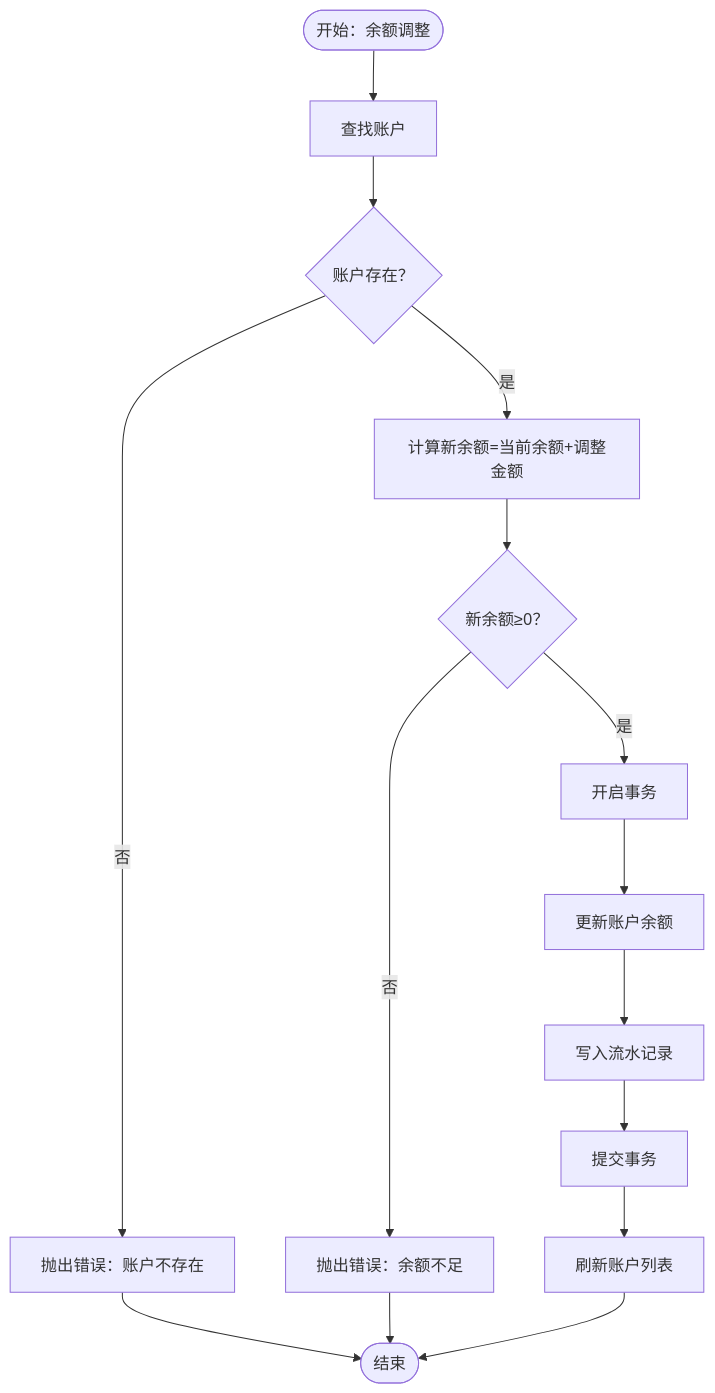
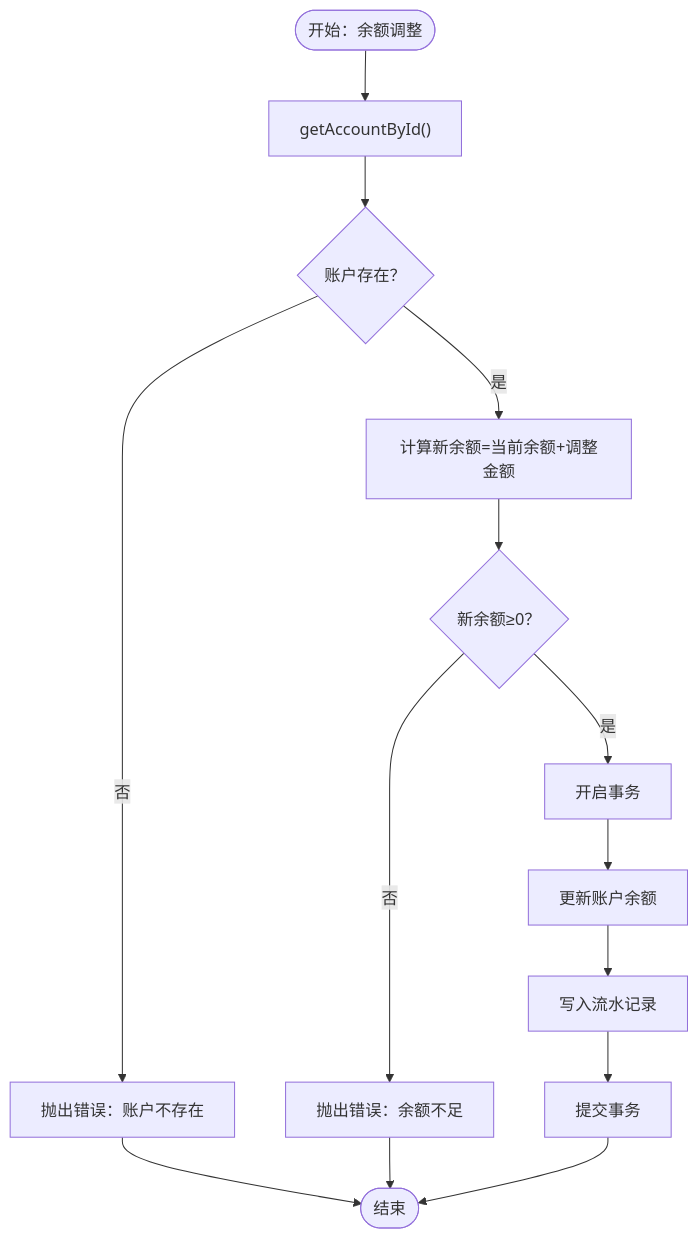
One commit to xiao-lin-unit/yuan changed the third of 11 diagrams in .qoder/repowiki/zh/content/账户管理/账户管理.md. Above: the diagram before and after it, drawn with Mermaid. The commit also changed other lines of this file and 19 other files, not shown here.

````diff
--- a/.qoder/repowiki/zh/content/账户管理/账户管理.md
+++ b/.qoder/repowiki/zh/content/账户管理/账户管理.md
@@ -144,17 +153,16 @@
 ```mermaid
 flowchart TD
-Start(["开始：余额调整"]) --> Find["查找账户"]
-Find --> Exists{"账户存在？"}
+Start(["开始：余额调整"]) --> GetAcc["getAccountById()"]
+GetAcc --> Exists{"账户存在？"}
 Exists -- 否 --> Err1["抛出错误：账户不存在"]
 Exists -- 是 --> Calc["计算新余额=当前余额+调整金额"]
 Calc --> NonNeg{"新余额≥0？"}
 NonNeg -- 否 --> Err2["抛出错误：余额不足"]
 NonNeg -- 是 --> Tx["开启事务"]
 Tx --> Upd["更新账户余额"]
 Upd --> Log["写入流水记录"]
 Log --> Commit["提交事务"]
-Commit --> Reload["刷新账户列表"]
-Reload --> End(["结束"])
+Commit --> End(["结束"])
 Err1 --> End
 Err2 --> End
 ```
````
